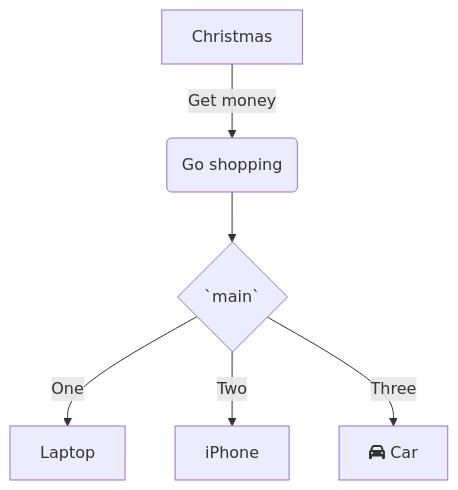
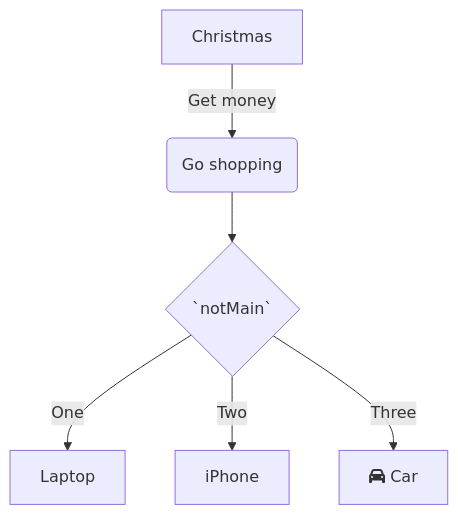
The second of 3 diagrams in .swm/mermaid-118.3oxn9ns6.sw.md (swimmio/csharp-shaul-test), drawn with Mermaid before and after one commit. The commit also changed other lines of this file, not shown here.

Commit message:
docs(swimm): update doc: "Mermaid 1.18"

````diff
--- a/.swm/mermaid-118.3oxn9ns6.sw.md
+++ b/.swm/mermaid-118.3oxn9ns6.sw.md
@@ -32,9 +32,9 @@
 ```mermaid
 graph TD
 A[Christmas] -->|Get money| B(Go shopping)
-B --> C{`main`}
+B --> C{`notMain`}
 C -->|One| D[Laptop]
 C -->|Two| E[iPhone]
 C -->|Three| F[fa:fa-car Car]
 
 ```
````
